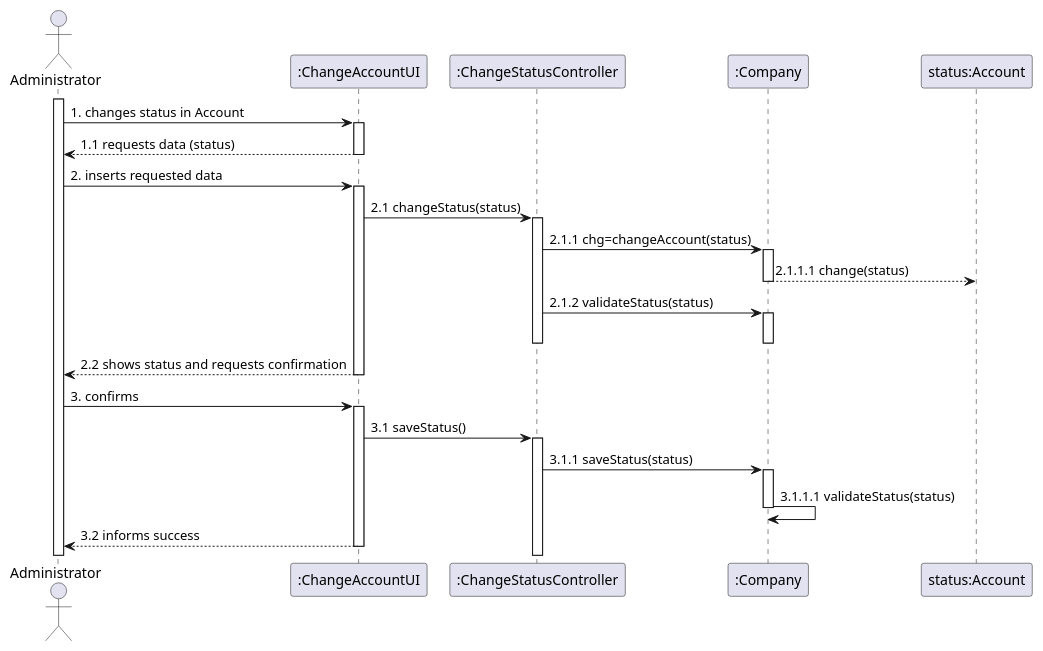
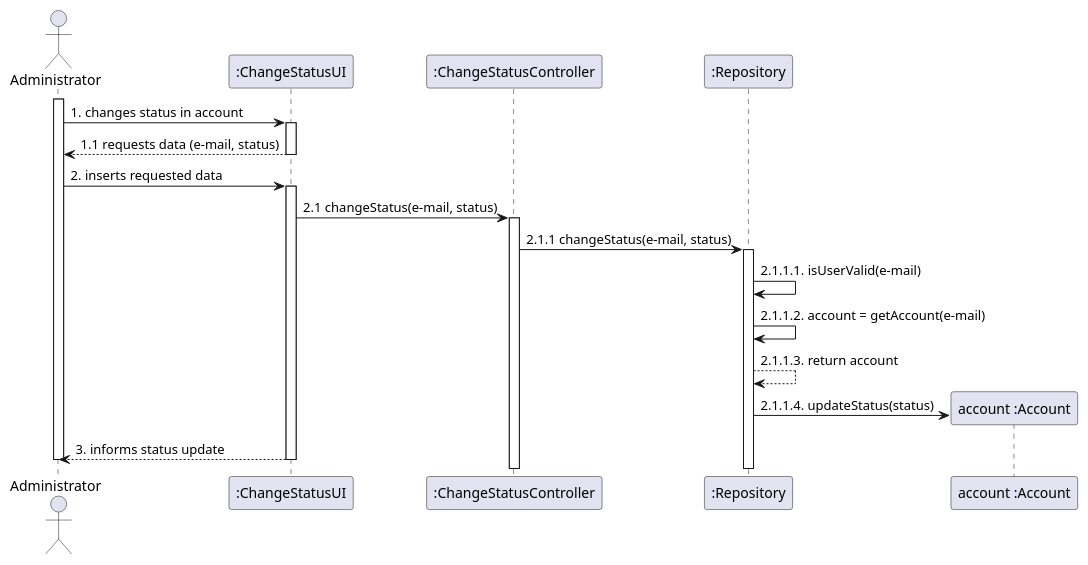
Before and after one commit to Loracline/project_switch_22-23: the diagram in docs/modelling_design/user_stories/us006/US006_Sequence_Diagram.puml, drawn with PlantUML. The commit also changed 1 other file, not shown here.

Commit message:
US 006: Design: update class Diagram / update SSD

```diff
--- a/docs/modelling_design/user_stories/us006/US006_Sequence_Diagram.puml
+++ b/docs/modelling_design/user_stories/us006/US006_Sequence_Diagram.puml
@@ -2,39 +2,29 @@
 @startuml
 
 actor "Administrator"
-participant ":ChangeAccountUI" as caUi
+participant ":ChangeStatusUI" as caUi
 participant ":ChangeStatusController" as cac
-participant ":Company" as company
-participant "status:Account" as Account
+participant ":Repository" as repository
+participant "account :Account" as account
 
 activate Administrator
-Administrator  -> caUi : 1. changes status in Account
+Administrator  -> caUi : 1. changes status in account
 activate caUi
-caUi --> Administrator: 1.1 requests data (status)
+caUi --> Administrator: 1.1 requests data (e-mail, status)
 deactivate caUi
 Administrator -> caUi: 2. inserts requested data
 activate caUi
-caUi -> cac: 2.1 changeStatus(status)
+caUi -> cac: 2.1 changeStatus(e-mail, status)
 activate cac
-cac -> company: 2.1.1 chg=changeAccount(status)
-activate company
-company --> Account: 2.1.1.1 change(status)
-deactivate company
-cac -> company: 2.1.2 validateStatus(status)
-activate company
-deactivate cac
-deactivate company
-caUi --> Administrator: 2.2 shows status and requests confirmation
-deactivate caUi
-Administrator -> caUi: 3. confirms
-activate caUi
-caUi -> cac: 3.1 saveStatus()
-activate cac
-cac -> company: 3.1.1 saveStatus(status)
-activate company
-company -> company: 3.1.1.1 validateStatus(status)
-deactivate company
-caUi --> Administrator: 3.2 informs success
+cac -> repository: 2.1.1 changeStatus(e-mail, status)
+activate repository
+repository -> repository: 2.1.1.1. isUserValid(e-mail)
+repository -> repository: 2.1.1.2. account = getAccount(e-mail)
+repository --> repository: 2.1.1.3. return account
+create account
+repository -> account :2.1.1.4. updateStatus(status)
+caUi--> Administrator: 3. informs status update
+deactivate Administrator
 deactivate caUi
 
 @enduml
```
